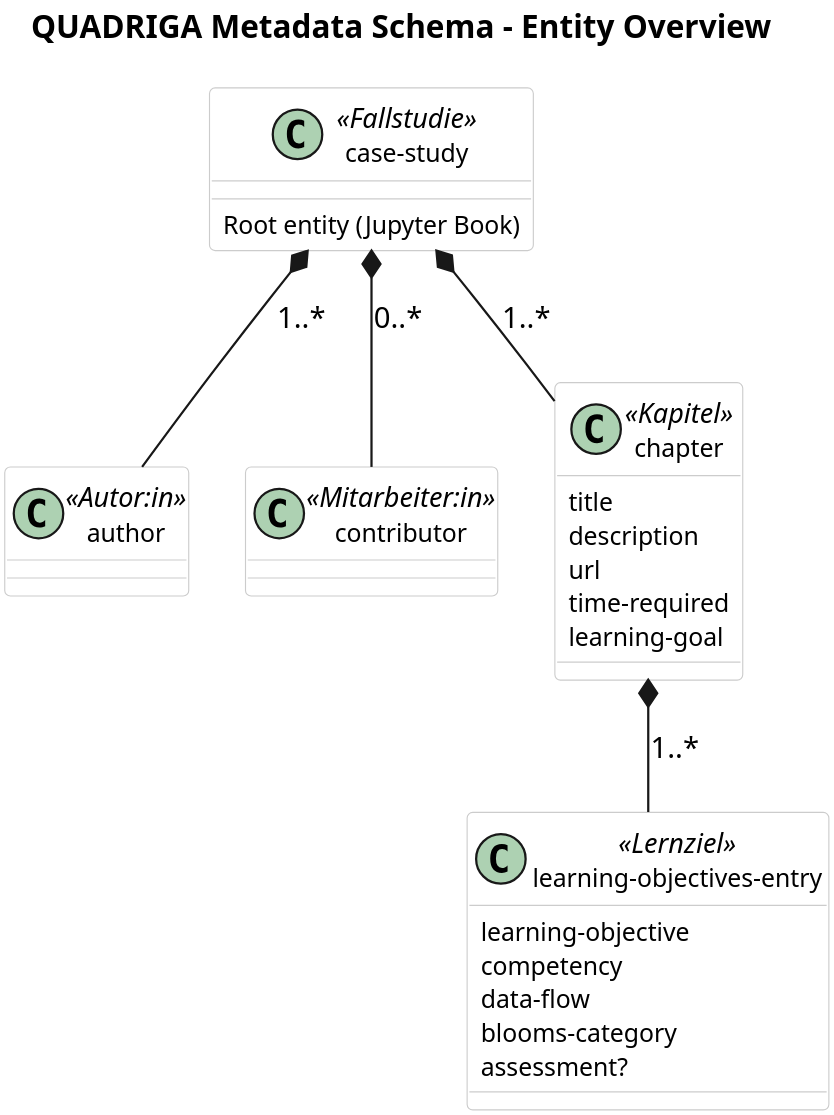
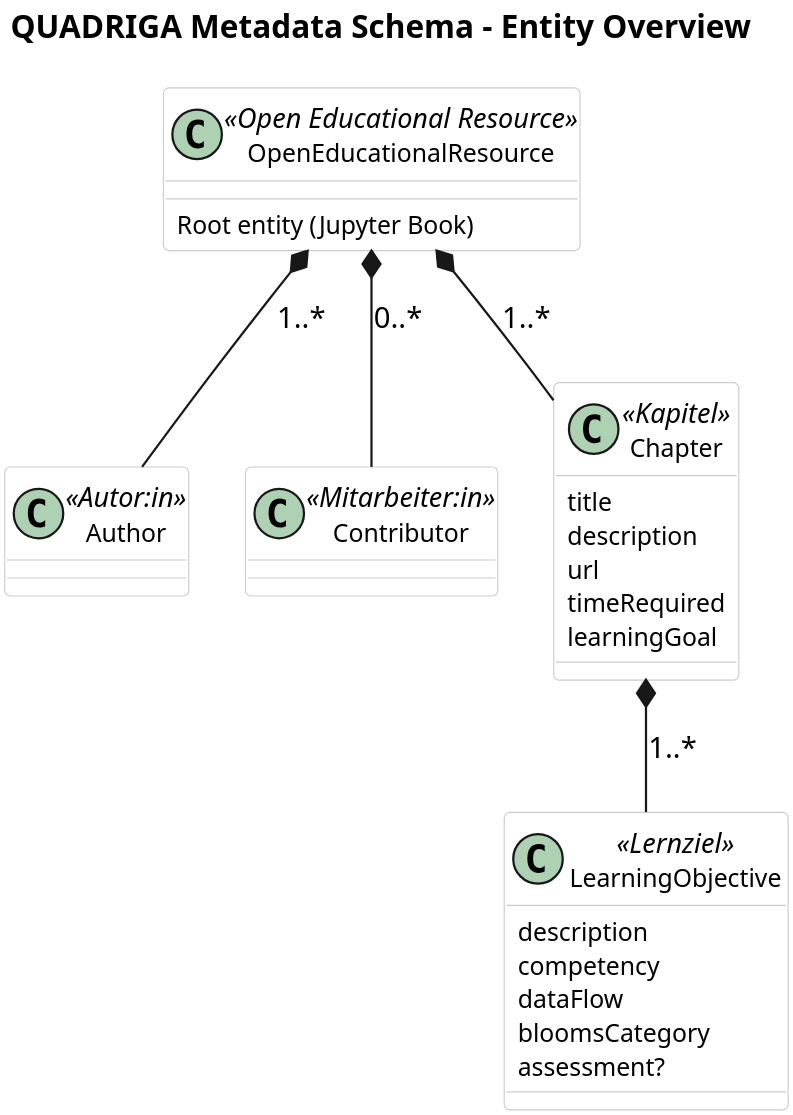
Before and after one commit to quadriga-dk/quadriga-schema: the diagram in diagrams/overview.puml, drawn with PlantUML. The commit also changed 44 other files, not shown here.

Commit message:
feat(diagrams): first update of diagrams for v2

```diff
--- a/diagrams/overview.puml
+++ b/diagrams/overview.puml
@@ -1,60 +1,60 @@
 @startuml overview
 top to bottom direction
 scale 1.5
 skinparam dpi 300
 skinparam classAttributeIconSize 0
 skinparam backgroundColor transparent
 skinparam classFontSize 12
 skinparam classAttributeFontSize 11
 skinparam ranksep 40
 skinparam nodesep 25
 skinparam class {
   BackgroundColor white
   BorderColor #cccccc
   AttributeFontColor #000000
   Padding 3
 }
 skinparam note {
   BackgroundColor #f5f5f5
   BorderColor #cccccc
   FontColor #333333
 }
 
 title QUADRIGA Metadata Schema - Entity Overview
 
 ' ===== MAIN ENTITY (TOP) =====
-class "case-study" as casestudy <<Fallstudie>> {
+class "OpenEducationalResource" as oer <<Open Educational Resource>> {
   Root entity (Jupyter Book)
 }
 
 ' ===== SECOND ROW: DIRECT CHILDREN =====
 together {
-  class "author" <<Autor:in>> { }
-  class "contributor" <<Mitarbeiter:in>> { }
-  class "chapter" <<Kapitel>> {
+  class "Author" <<Autor:in>> { }
+  class "Contributor" <<Mitarbeiter:in>> { }
+  class "Chapter" <<Kapitel>> {
     title
     description
     url
-    time-required
-    learning-goal
+    timeRequired
+    learningGoal
   }
 }
 
 ' ===== THIRD ROW: CHAPTER CHILDREN =====
-class "learning-objectives-entry" <<Lernziel>> {
-  learning-objective
+class "LearningObjective" <<Lernziel>> {
+  description
   competency
-  data-flow
-  blooms-category
+  dataFlow
+  bloomsCategory
   assessment?
 }
 
-' ===== RELATIONSHIPS FROM CASE-STUDY =====
-casestudy *-down- "author" : 1..*
-casestudy *-down- "contributor" : 0..*
-casestudy *-down- "chapter" : 1..*
+' ===== RELATIONSHIPS FROM OpenEducationalResource =====
+oer *-down- "Author" : 1..*
+oer *-down- "Contributor" : 0..*
+oer *-down- "Chapter" : 1..*
 
-' ===== RELATIONSHIPS FROM CHAPTER =====
-"chapter" *-down- "learning-objectives-entry" : 1..*
+' ===== RELATIONSHIPS FROM Chapter =====
+"Chapter" *-down- "LearningObjective" : 1..*
 
 @enduml
```
